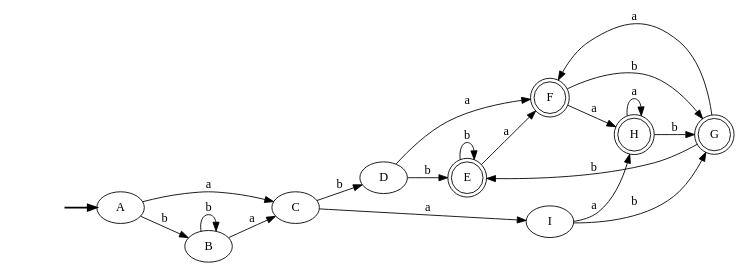
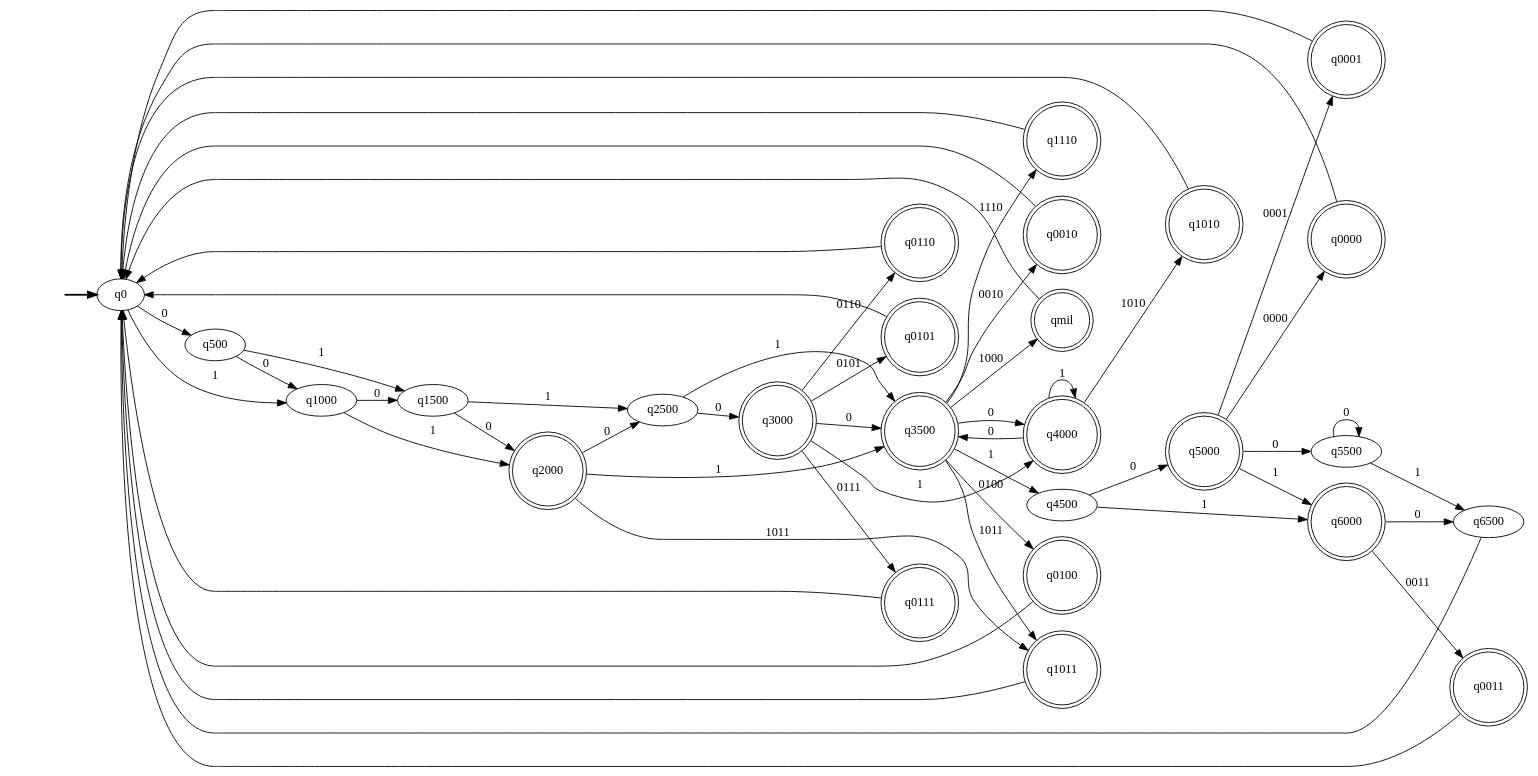
The diagram in output/DFA.gv (ancu-98/Py-Finite-Automata-Vending-Machine), drawn with Graphviz before and after one commit. The commit also changed 23 other files, not shown here.

```diff
--- a/output/DFA.gv
+++ b/output/DFA.gv
@@ -1,32 +1,82 @@
 digraph {
 	fake [style=invisible]
-	E [shape=doublecircle]
-	D
-	G [shape=doublecircle]
-	A [root=true]
-	I
-	C
-	F [shape=doublecircle]
-	H [shape=doublecircle]
-	B
-	fake -> A [style=bold]
-	G -> F [label=a]
-	B -> B [label=b]
-	I -> G [label=b]
-	D -> F [label=a]
-	I -> H [label=a]
-	C -> I [label=a]
-	E -> F [label=a]
-	E -> E [label=b]
-	G -> E [label=b]
-	C -> D [label=b]
-	F -> G [label=b]
-	H -> G [label=b]
-	H -> H [label=a]
-	B -> C [label=a]
-	A -> C [label=a]
-	D -> E [label=b]
-	A -> B [label=b]
-	F -> H [label=a]
+	q0 [root=true]
+	q5000 [shape=doublecircle]
+	q0010 [shape=doublecircle]
+	q2500
+	q0101 [shape=doublecircle]
+	q500
+	q1011 [shape=doublecircle]
+	q4000 [shape=doublecircle]
+	q2000 [shape=doublecircle]
+	q0011 [shape=doublecircle]
+	q0001 [shape=doublecircle]
+	q0111 [shape=doublecircle]
+	q1110 [shape=doublecircle]
+	q1500
+	q5500
+	q3500 [shape=doublecircle]
+	q4500
+	q1010 [shape=doublecircle]
+	q0000 [shape=doublecircle]
+	q1000
+	q6000 [shape=doublecircle]
+	q0100 [shape=doublecircle]
+	q6500
+	qmil [shape=doublecircle]
+	q0110 [shape=doublecircle]
+	q3000 [shape=doublecircle]
+	fake -> q0 [style=bold]
+	q5500 -> q5500 [label=0]
+	q1500 -> q2500 [label=1]
+	q0 -> q1000 [label=1]
+	q1000 -> q2000 [label=1]
+	q0110 -> q0 [label=""]
+	q0101 -> q0 [label=""]
+	q2000 -> q1011 [label=1011]
+	q0011 -> q0 [label=""]
+	q3500 -> q1011 [label=1011]
+	q1000 -> q1500 [label=0]
+	qmil -> q0 [label=""]
+	q3000 -> q0111 [label=0111]
+	q4500 -> q6000 [label=1]
+	q0 -> q500 [label=0]
+	q3000 -> q3500 [label=0]
+	q2000 -> q3500 [label=1]
+	q5500 -> q6500 [label=1]
+	q3000 -> q4000 [label=1]
+	q4000 -> q1010 [label=1010]
+	q3500 -> q1110 [label=1110]
+	q2500 -> q3500 [label=1]
+	q6000 -> q0011 [label=0011]
+	q3500 -> qmil [label=1000]
+	q0100 -> q0 [label=""]
+	q0111 -> q0 [label=""]
+	q4500 -> q5000 [label=0]
+	q500 -> q1500 [label=1]
+	q1010 -> q0 [label=""]
+	q1110 -> q0 [label=""]
+	q6500 -> q0 [label=""]
+	q3000 -> q0110 [label=0110]
+	q3000 -> q0101 [label=0101]
+	q3500 -> q4500 [label=1]
+	q2000 -> q2500 [label=0]
+	q1011 -> q0 [label=""]
+	q3500 -> q4000 [label=0]
+	q500 -> q1000 [label=0]
+	q0001 -> q0 [label=""]
+	q5000 -> q0001 [label=0001]
+	q5000 -> q0000 [label=0000]
+	q5000 -> q5500 [label=0]
+	q4000 -> q3500 [label=0]
+	q5000 -> q6000 [label=1]
+	q6000 -> q6500 [label=0]
+	q4000 -> q4000 [label=1]
+	q0000 -> q0 [label=""]
+	q0010 -> q0 [label=""]
+	q2500 -> q3000 [label=0]
+	q3500 -> q0010 [label=0010]
+	q3500 -> q0100 [label=0100]
+	q1500 -> q2000 [label=0]
 	rankdir=LR
 }
```
